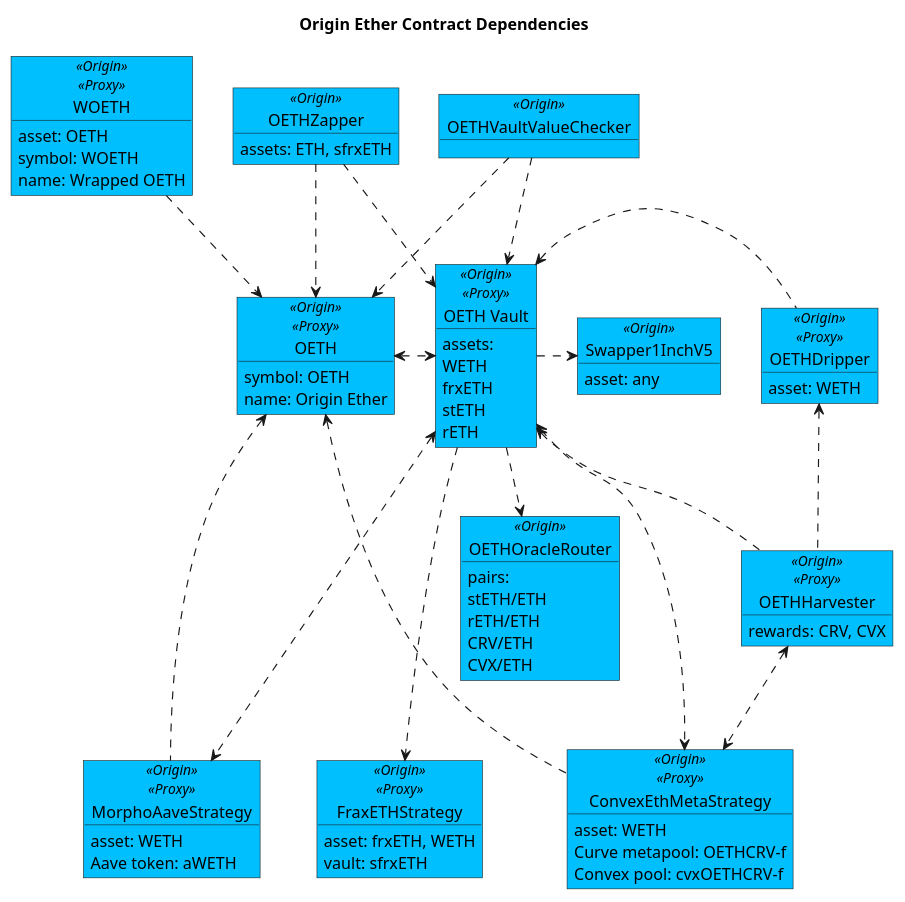
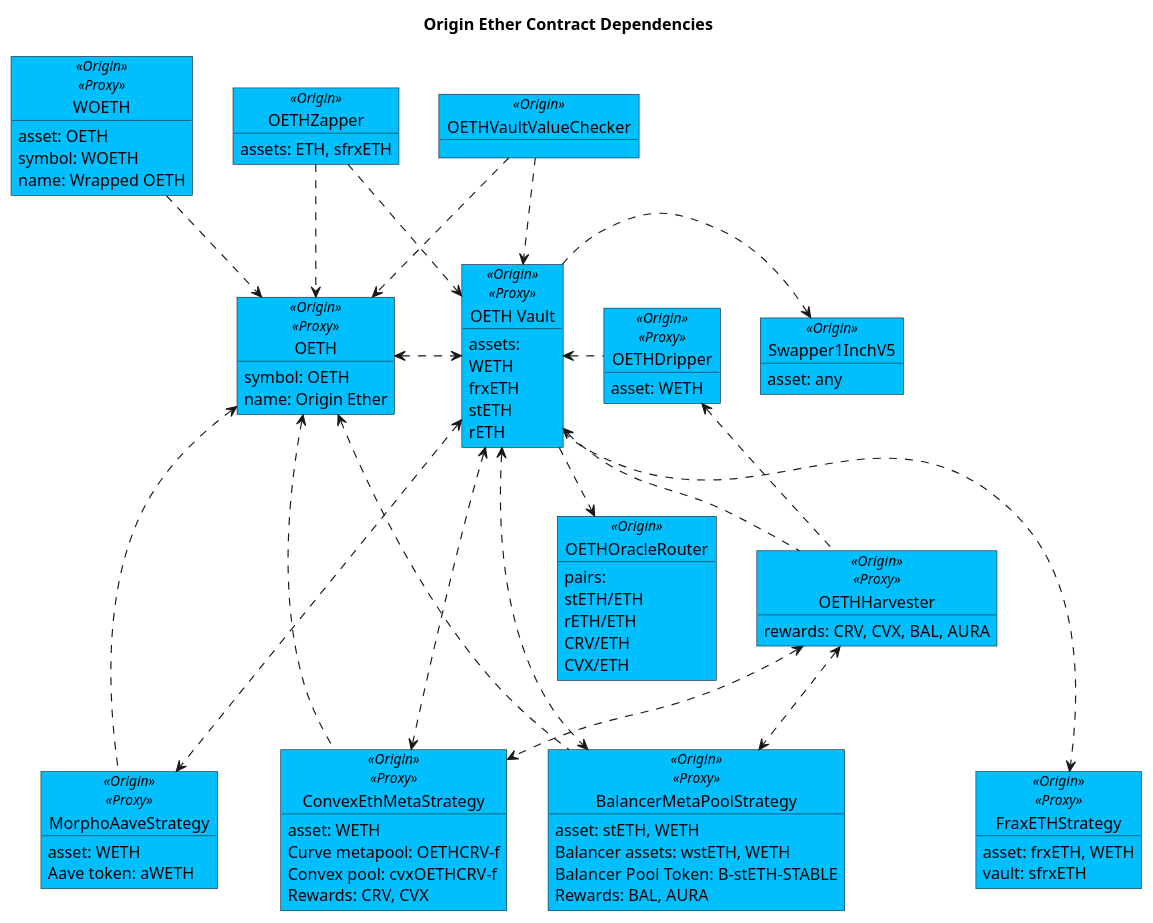
The diagram in contracts/docs/plantuml/oethContracts.puml (OriginProtocol/origin-dollar), drawn with PlantUML before and after one commit. The commit also changed 4 other files, not shown here.

Commit message:
Updated OETH Contracts diagrams Generated new Balancer contract diagrams

```diff
--- a/contracts/docs/plantuml/oethContracts.puml
+++ b/contracts/docs/plantuml/oethContracts.puml
@@ -37,7 +37,7 @@
 }
 
 object "OETHHarvester" as harv <<Origin>><<Proxy>> #DeepSkyBlue {
-    rewards: CRV, CVX
+    rewards: CRV, CVX, BAL, AURA
 }
 
 ' Strategies
@@ -49,10 +49,18 @@
     asset: WETH
     Curve metapool: OETHCRV-f
     Convex pool: cvxOETHCRV-f
+    Rewards: CRV, CVX
 }
 object "MorphoAaveStrategy" as morphAaveStrat <<Origin>><<Proxy>> #DeepSkyBlue {
     asset: WETH
     Aave token: aWETH
+}
+
+object "BalancerMetaPoolStrategy" as balancerStrat <<Origin>><<Proxy>> #DeepSkyBlue {
+    asset: stETH, WETH
+    Balancer assets: wstETH, WETH
+    Balancer Pool Token: B-stETH-STABLE
+    Rewards: BAL, AURA
 }
 
 ' Oracle
@@ -202,6 +210,11 @@
 ' morphoV2 ..> aweth
 ' morphoV2 ..> vdweth
 
+' Balancer Strategy
+oethv <...> balancerStrat
+oeth <... balancerStrat
+harv <..> balancerStrat
+
 ' ' Vault to Assets
 ' oethv .....> frxeth
 ' oethv .....> weth
```
